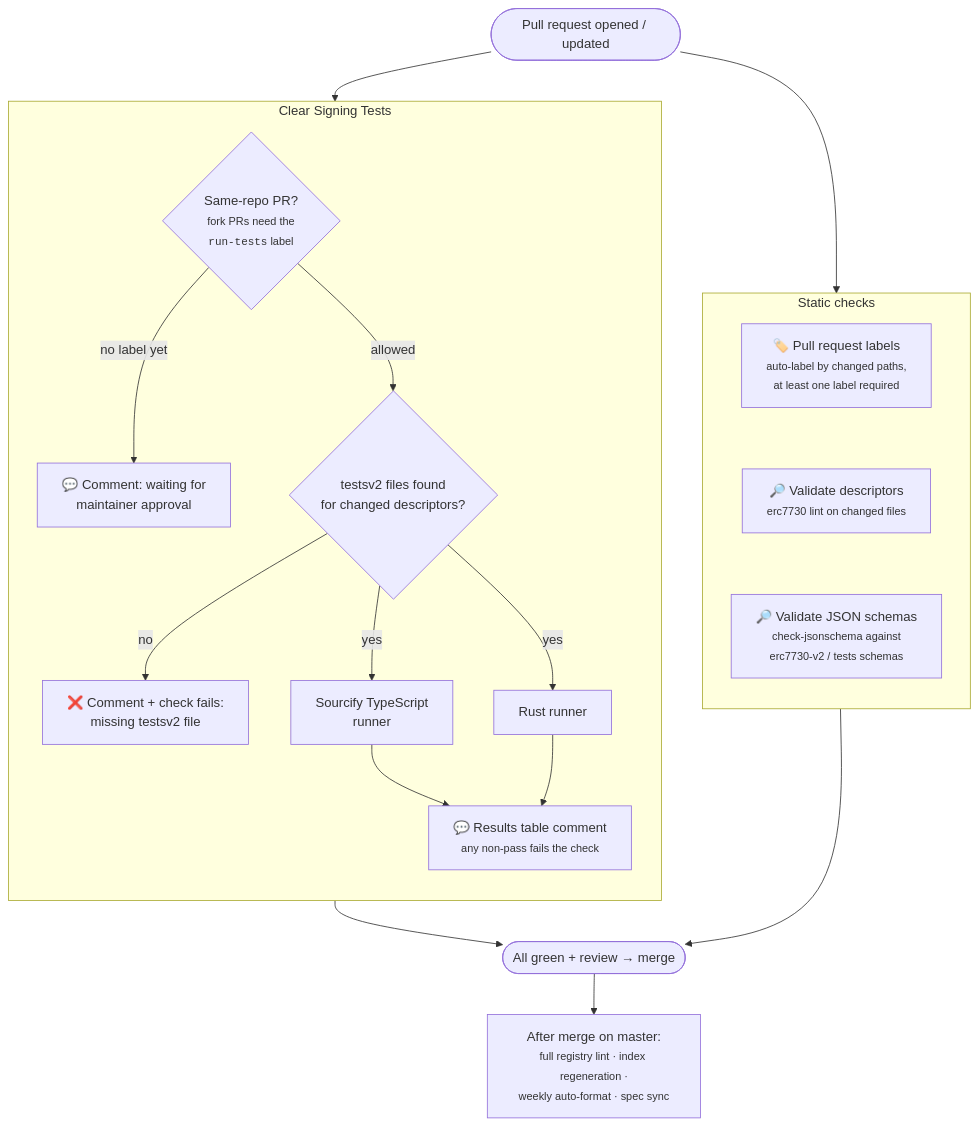
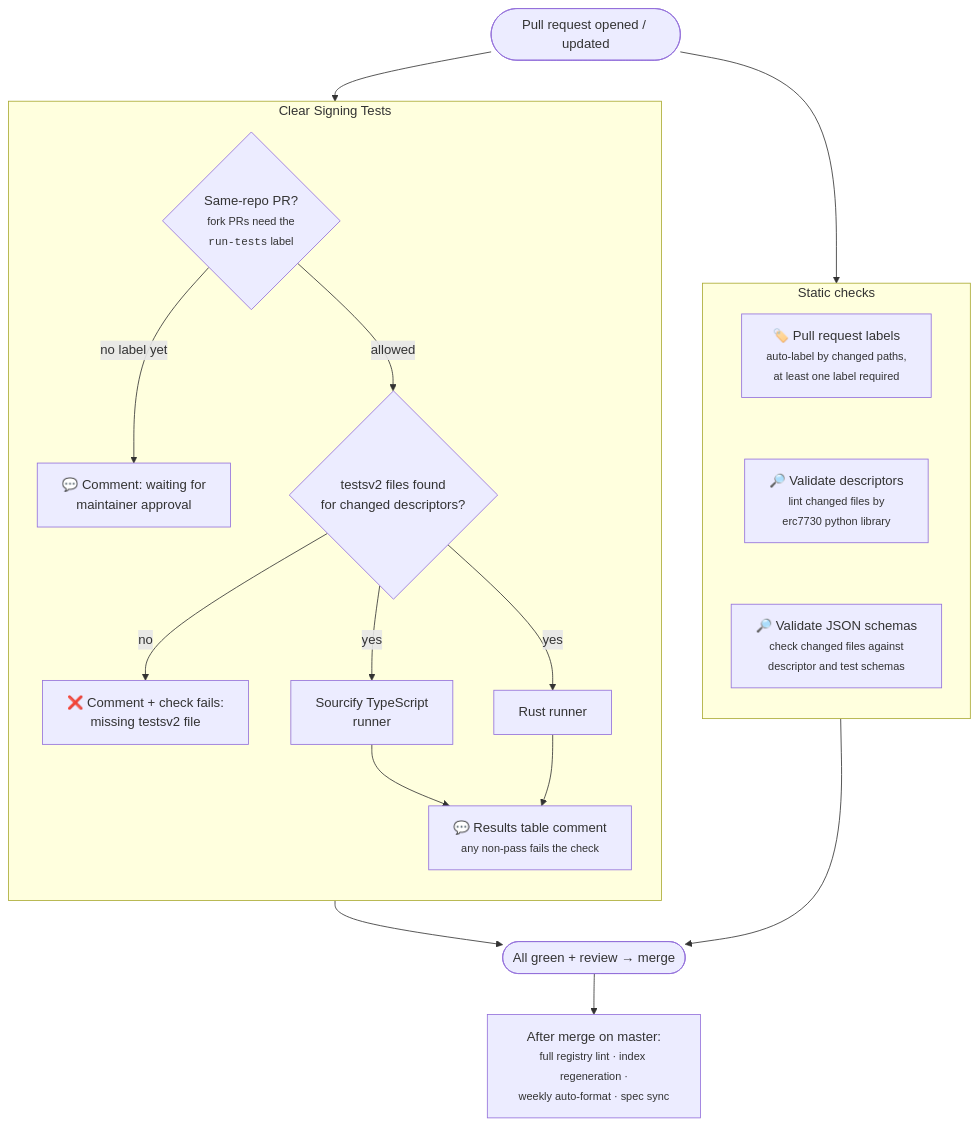
One commit to sourcifyeth/clear-signing-docs changed the diagram in docs/registry/ci-checks.md. Above: the diagram before and after it, drawn with Mermaid.

Commit message:
Reword two labels in the CI pipeline diagram (#2)
* Reword the validate-descriptors diagram label

* Reword the JSON-schema-validation diagram label

````diff
--- a/docs/registry/ci-checks.md
+++ b/docs/registry/ci-checks.md
@@ -12,31 +12,31 @@
 ```mermaid
 flowchart TD
     PR([Pull request opened / updated])
 
     subgraph static ["Static checks"]
         direction TB
         LBL["🏷️ Pull request labels<br/><small>auto-label by changed paths,<br/>at least one label required</small>"]
-        DESC["🔎 Validate descriptors<br/><small>erc7730 lint on changed files</small>"]
-        SCHEMA["🔎 Validate JSON schemas<br/><small>check-jsonschema against<br/>erc7730-v2 / tests schemas</small>"]
+        DESC["🔎 Validate descriptors<br/><small>lint changed files by<br/>erc7730 python library</small>"]
+        SCHEMA["🔎 Validate JSON schemas<br/><small>check changed files against<br/>descriptor and test schemas</small>"]
         LBL ~~~ DESC ~~~ SCHEMA
     end
 
     subgraph tests ["Clear Signing Tests"]
         direction TB
         GATE{"Same-repo PR?<br/><small>fork PRs need the<br/><code>run-tests</code> label</small>"}
         GATE -- "no label yet" --> WAIT["💬 Comment: waiting for<br/>maintainer approval"]
         GATE -- "allowed" --> DETECT{"testsv2 files found<br/>for changed descriptors?"}
         DETECT -- "no" --> MISSING["❌ Comment + check fails:<br/>missing testsv2 file"]
         DETECT -- "yes" --> RUNTS["Sourcify TypeScript<br/>runner"]
         DETECT -- "yes" --> RUNRS["Rust runner"]
         RUNTS --> RESULTS["💬 Results table comment<br/><small>any non-pass fails the check</small>"]
         RUNRS --> RESULTS
     end
 
     PR --> LBL
     PR --> GATE
     RESULTS --> MERGE([All green + review → merge])
     SCHEMA ~~~ MERGE
     static --> MERGE
     MERGE --> POST["After merge on master:<br/><small>full registry lint · index regeneration ·<br/>weekly auto-format · spec sync</small>"]
 ```
````
